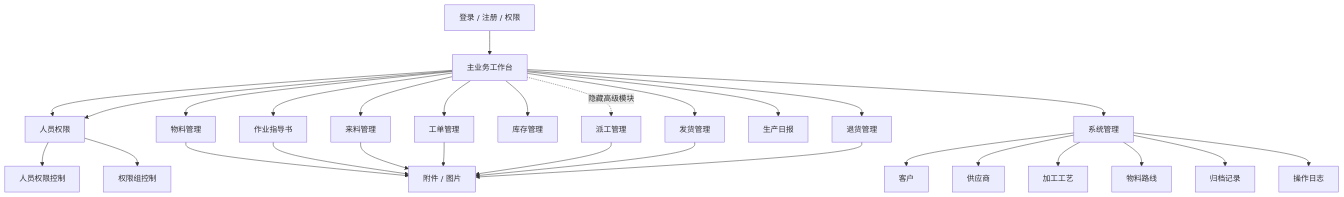
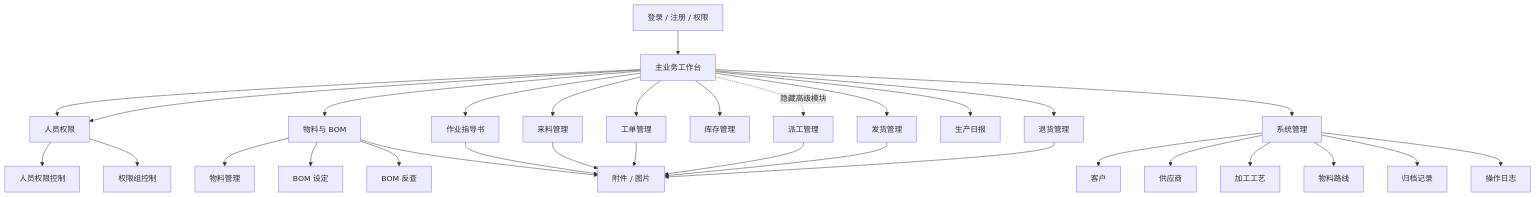
Before and after one commit to goldf2/mes-lite: the first of 7 diagrams in docs/minierp/当前系统建模与结构审查.md, drawn with Mermaid. The commit also changed other lines of this file and 12 other files, not shown here.

````diff
--- a/docs/minierp/当前系统建模与结构审查.md
+++ b/docs/minierp/当前系统建模与结构审查.md
@@ -54,35 +54,38 @@
 ```mermaid
 flowchart TB
   A["登录 / 注册 / 权限"] --> B["主业务工作台"]
 
   B --> M["仪表盘"]
-  B --> C["物料管理"]
+  B --> C["物料与 BOM"]
+  C --> C1["物料管理"]
+  C --> C2["BOM 设定"]
+  C --> C3["BOM 反查"]
   B --> D["作业指导书"]
   B --> E["来料管理"]
   B --> F["工单管理"]
   B --> H["库存管理"]
   B --> I["发货管理"]
   B --> J["退货管理"]
   B --> K["生产日报"]
   B -.隐藏高级模块.-> G["派工管理"]
 
   B --> L["系统管理"]
   L --> L1["客户"]
   L --> L2["供应商"]
   L --> L3["加工工艺"]
   L --> L4["物料路线"]
   L --> L5["归档记录"]
   L --> L6["操作日志"]
 
   B --> M["人员权限"]
   M --> M1["人员权限控制"]
   M --> M2["权限组控制"]
 
   C --> N["附件 / 图片"]
   D --> N
   E --> N
   F --> N
   G --> N
   I --> N
   J --> N
 ```
````
